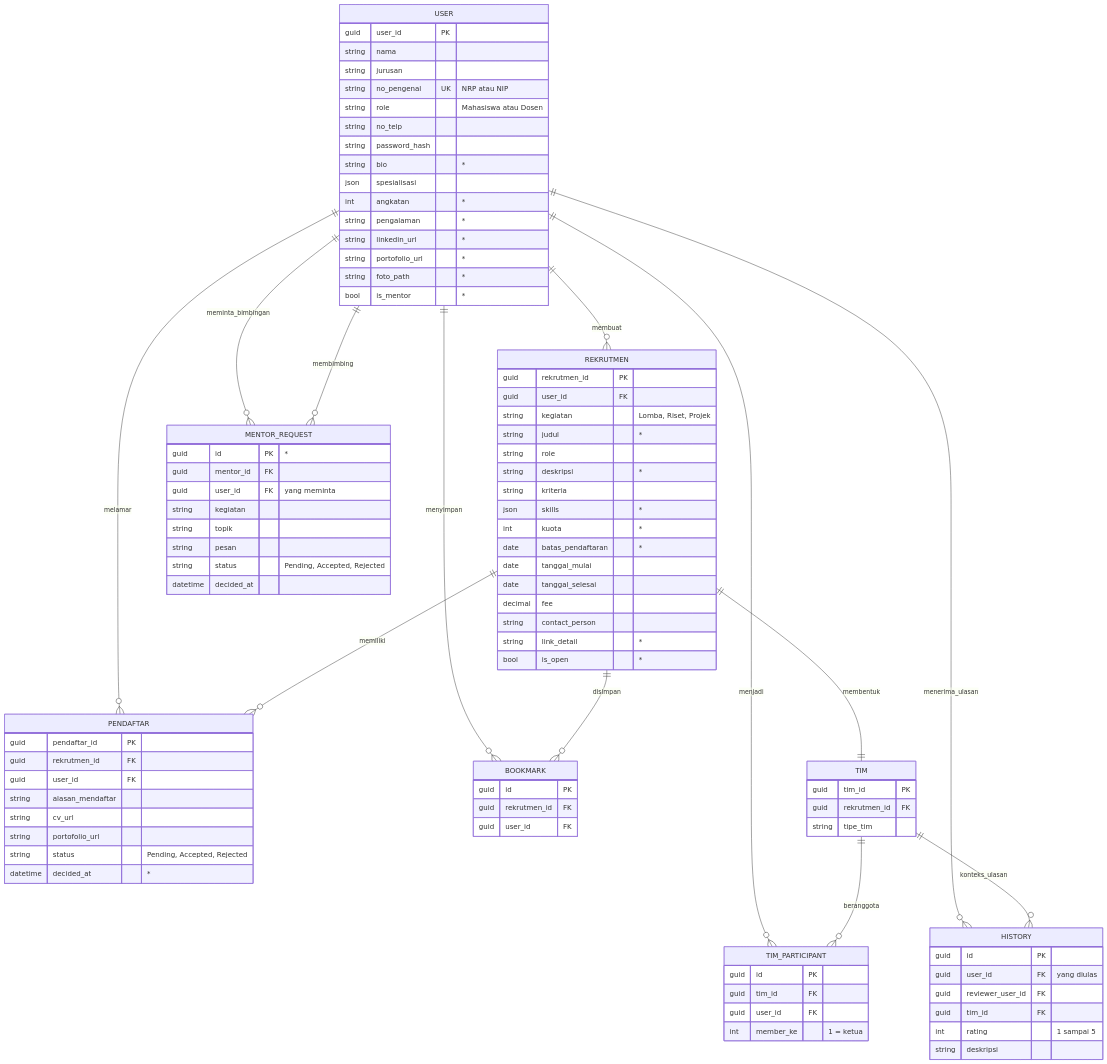
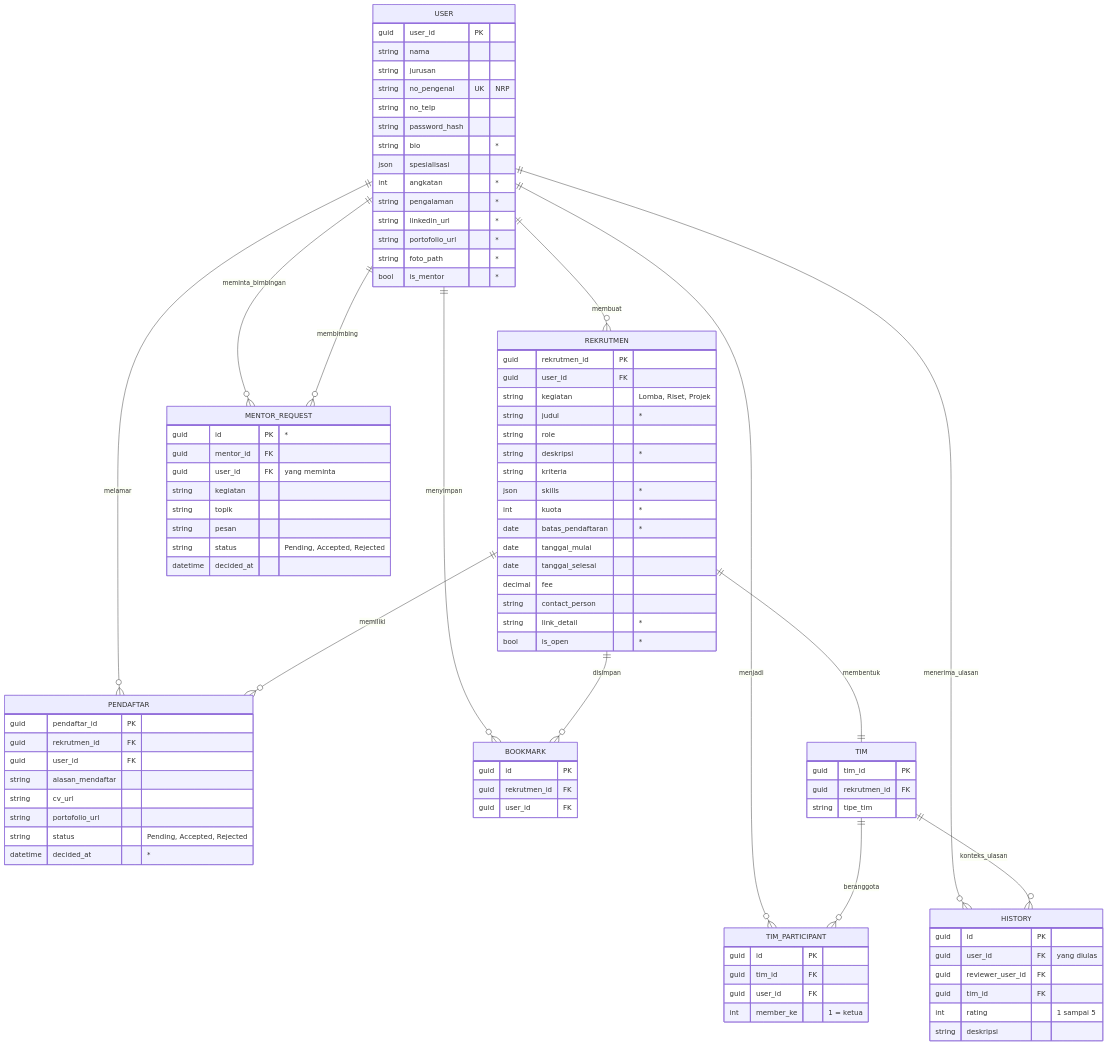
One commit to Pascalllllll/ETS-PBKK changed the third of 3 diagrams in docs/PRD.md. Above: the diagram before and after it, drawn with Mermaid. The commit also changed other lines of this file and 25 other files, not shown here.

```diff
--- a/docs/PRD.md
+++ b/docs/PRD.md
@@ -307,8 +307,7 @@
         guid user_id PK
         string nama
         string jurusan
-        string no_pengenal UK "NRP atau NIP"
-        string role "Mahasiswa atau Dosen"
+        string no_pengenal UK "NRP"
         string no_telp
         string password_hash
         string bio "*"
```
